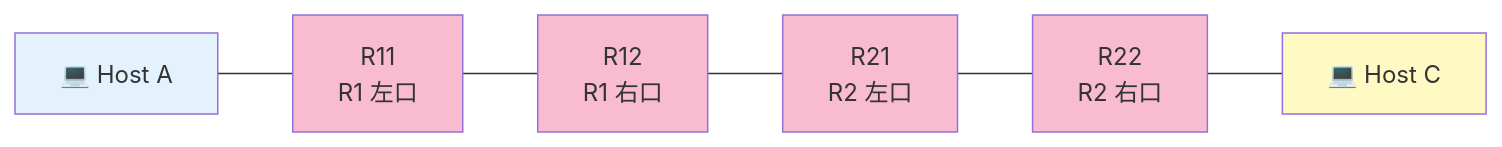
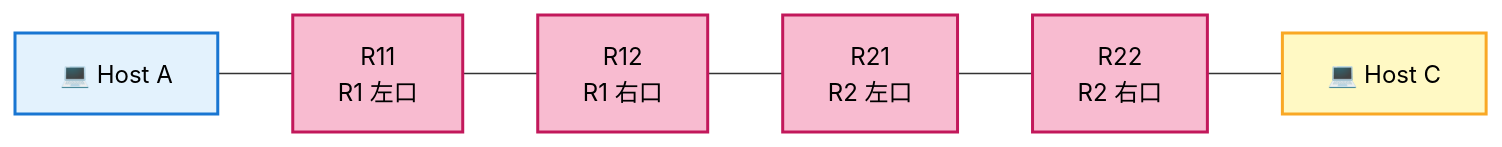
Before and after one commit to Tsunanko/netpractice-guide: the first of 3 diagrams in docs/02-levels/level7.md, drawn with Mermaid. The commit also changed other lines of this file, not shown here.

First line of the commit message:
Rewrite Level 7 with 5-core summary, IP-uniqueness explainer, classDef topology

````diff
--- a/docs/02-levels/level7.md
+++ b/docs/02-levels/level7.md
@@ -30,15 +44,16 @@
 ```mermaid
 flowchart LR
     A[💻 Host A] --- R11[R11<br>R1 左口]
     R11 --- R12[R12<br>R1 右口]
     R12 --- R21[R21<br>R2 左口]
     R21 --- R22[R22<br>R2 右口]
     R22 --- C[💻 Host C]
 
-    style A fill:#E3F2FD
-    style R11 fill:#F8BBD0
-    style R12 fill:#F8BBD0
-    style R21 fill:#F8BBD0
-    style R22 fill:#F8BBD0
-    style C fill:#FFF9C4
+    classDef hostA fill:#E3F2FD,stroke:#1976D2,color:#000,stroke-width:2px
+    classDef router fill:#F8BBD0,stroke:#C2185B,color:#000,stroke-width:2px
+    classDef hostC fill:#FFF9C4,stroke:#F9A825,color:#000,stroke-width:2px
+
+    class A hostA
+    class R11,R12,R21,R22 router
+    class C hostC
 ```
````
